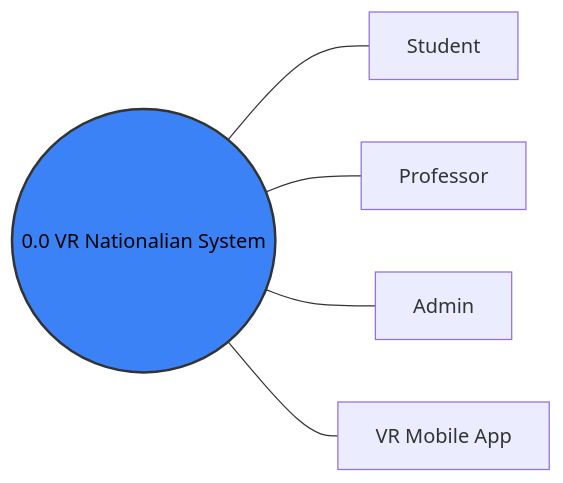
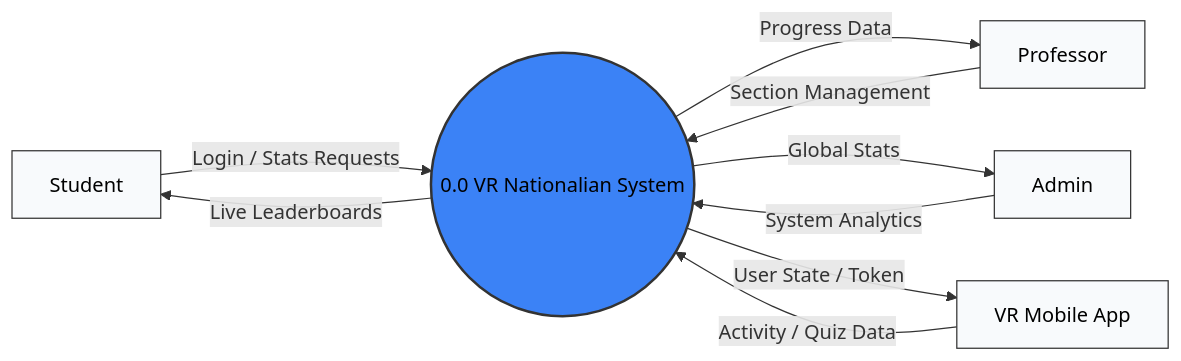
One commit to whayneGrageda/VR_Nationalian changed the second of 6 diagrams in README.md. Above: the diagram before and after it, drawn with Mermaid.

````diff
--- a/README.md
+++ b/README.md
@@ -147,9 +147,31 @@
 ```mermaid
 graph LR
+    %% Actors
+    Student[Student]
+    Professor[Professor]
+    Admin[Admin]
+    VRApp[VR Mobile App]
+
+    %% System
     System((0.0 VR Nationalian System))
-    System --- Student[Student]
-    System --- Professor[Professor]
-    System --- Admin[Admin]
-    System --- VRApp[VR Mobile App]
+
+    %% Data Flows
+    Student -- "Login / Stats Requests" --> System
+    System -- "Live Leaderboards" --> Student
+
+    Professor -- "Section Management" --> System
+    System -- "Progress Data" --> Professor
+
+    Admin -- "System Analytics" --> System
+    System -- "Global Stats" --> Admin
+
+    VRApp -- "Activity / Quiz Data" --> System
+    System -- "User State / Token" --> VRApp
+
+    %% Styling for Black Text
     style System fill:#3b82f6,stroke:#333,stroke-width:2px,color:#000
+    style Student fill:#f8fafc,stroke:#333,color:#000
+    style Professor fill:#f8fafc,stroke:#333,color:#000
+    style Admin fill:#f8fafc,stroke:#333,color:#000
+    style VRApp fill:#f8fafc,stroke:#333,color:#000
 ```
````
